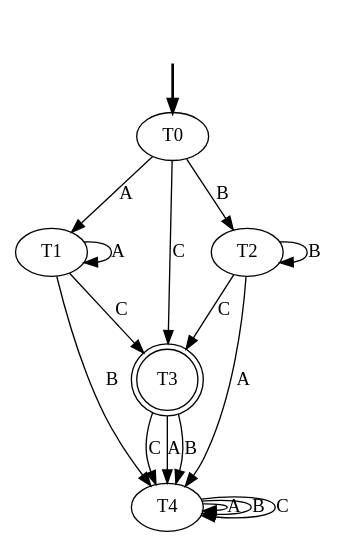
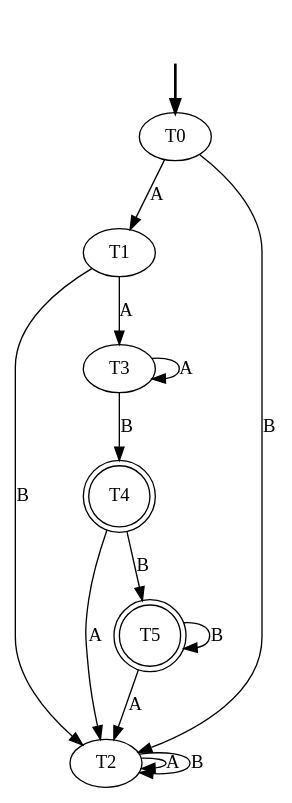
The diagram in Lexer/cache/dotreptmp.dot (LuisDiego19FV/Proyecto_Compiladores), drawn with Graphviz before and after one commit. The commit also changed 34 other files, not shown here.

```diff
--- a/Lexer/cache/dotreptmp.dot
+++ b/Lexer/cache/dotreptmp.dot
@@ -1,25 +1,23 @@
 digraph {
     fake0 [style=invisible]
     T0 [root=true]
     fake0 -> T0 [style=bold]
     T0
     T1
     T2
-    T3 [shape=doublecircle]
-    T4
+    T3
+    T4 [shape=doublecircle]
+    T5 [shape=doublecircle]
     T0 -> T1 [label="A"]
     T0 -> T2 [label="B"]
-    T0 -> T3 [label="C"]
-    T1 -> T1 [label="A"]
-    T1 -> T4 [label="B"]
-    T1 -> T3 [label="C"]
-    T2 -> T4 [label="A"]
+    T1 -> T3 [label="A"]
+    T1 -> T2 [label="B"]
+    T2 -> T2 [label="A"]
     T2 -> T2 [label="B"]
-    T2 -> T3 [label="C"]
-    T3 -> T4 [label="A"]
+    T3 -> T3 [label="A"]
     T3 -> T4 [label="B"]
-    T3 -> T4 [label="C"]
-    T4 -> T4 [label="A"]
-    T4 -> T4 [label="B"]
-    T4 -> T4 [label="C"]
+    T4 -> T2 [label="A"]
+    T4 -> T5 [label="B"]
+    T5 -> T2 [label="A"]
+    T5 -> T5 [label="B"]
 }
```
